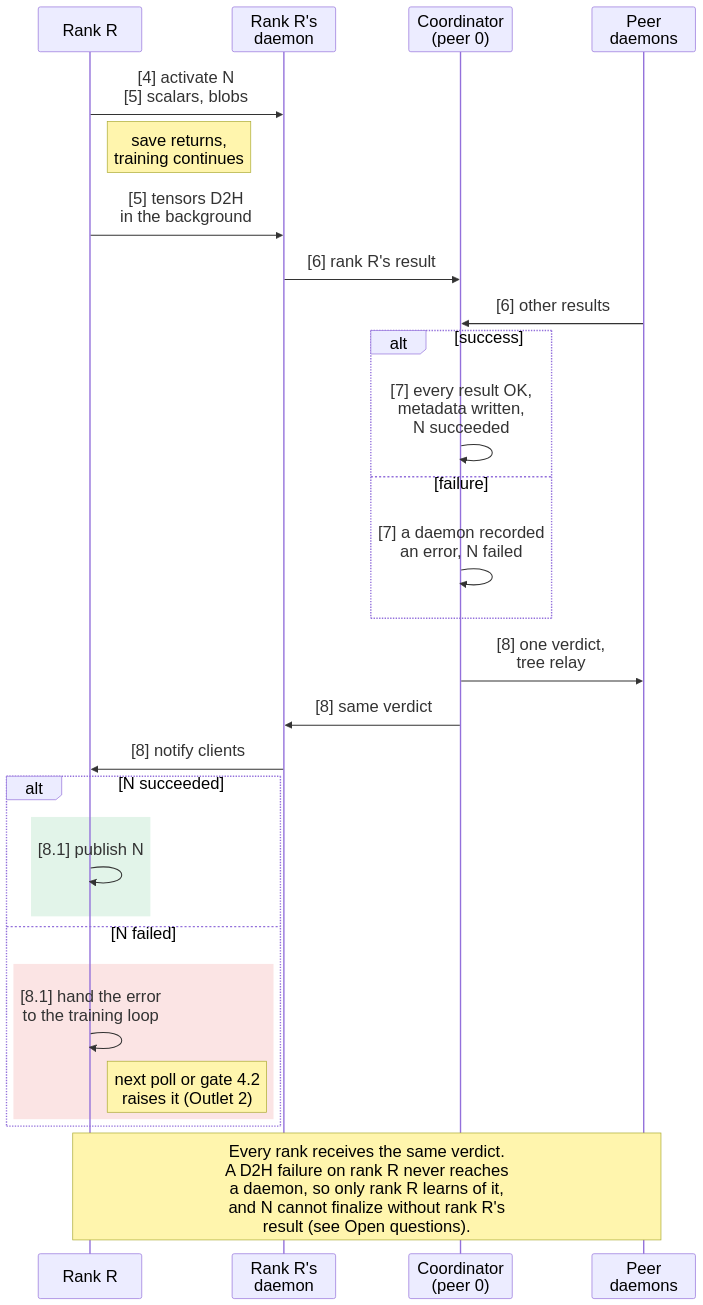
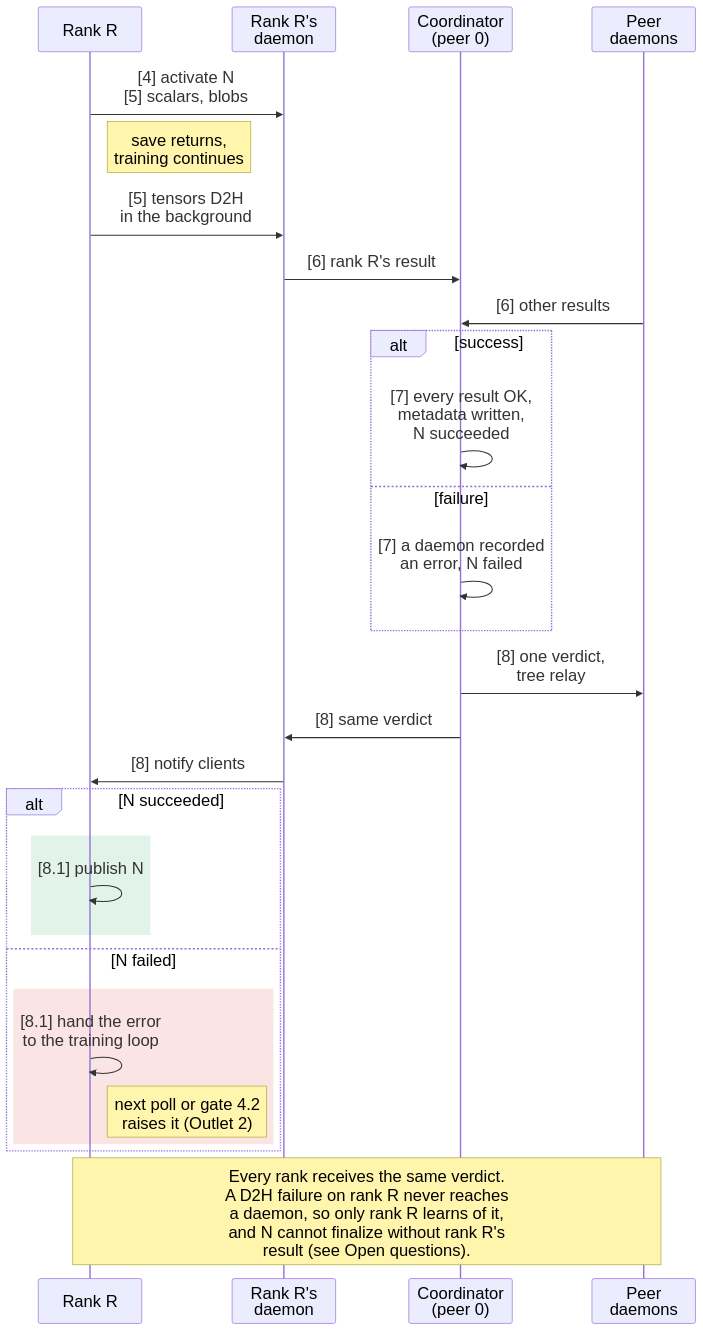
The second of 14 diagrams in docs/Design.md (ankurv-nvidia/nvrx_checkpointing), drawn with Mermaid before and after one commit. The commit also changed other lines of this file, not shown here.

````diff
--- a/docs/Design.md
+++ b/docs/Design.md
@@ -335,33 +335,33 @@
 ```mermaid
-%%{init: {"fontSize": 24, "sequence": {"labelBoxWidth": 80, "labelBoxHeight": 34}}}%%
+%%{init: {"fontSize": 24, "sequence": {"labelBoxWidth": 80, "labelBoxHeight": 38, "boxTextMargin": 10}}}%%
 sequenceDiagram
     participant R as Rank R
     participant LD as Rank R's<br/>daemon
     participant CO as Coordinator<br/>(peer 0)
     participant PD as Peer<br/>daemons
 
     R->>LD: [4] activate N<br/>[5] scalars, blobs
     Note right of R: save returns,<br/>training continues
     R->>LD: [5] tensors D2H<br/>in the background
     LD->>CO: [6] rank R's result
     PD->>CO: [6] other results
     alt success
         CO->>CO: [7] every result OK,<br/>metadata written,<br/>N succeeded
     else failure
         CO->>CO: [7] a daemon recorded<br/>an error, N failed
     end
     CO->>PD: [8] one verdict,<br/>tree relay
     CO->>LD: [8] same verdict
     LD->>R: [8] notify clients
     alt N succeeded
         rect rgba(22,163,74,0.12)
             R->>R: [8.1] publish N
         end
     else N failed
         rect rgba(220,38,38,0.12)
             R->>R: [8.1] hand the error<br/>to the training loop
             Note right of R: next poll or gate 4.2<br/>raises it (Outlet 2)
         end
     end
     Note over R,PD: Every rank receives the same verdict.<br/>A D2H failure on rank R never reaches<br/>a daemon, so only rank R learns of it,<br/>and N cannot finalize without rank R's<br/>result (see Open questions).
 ```
````
